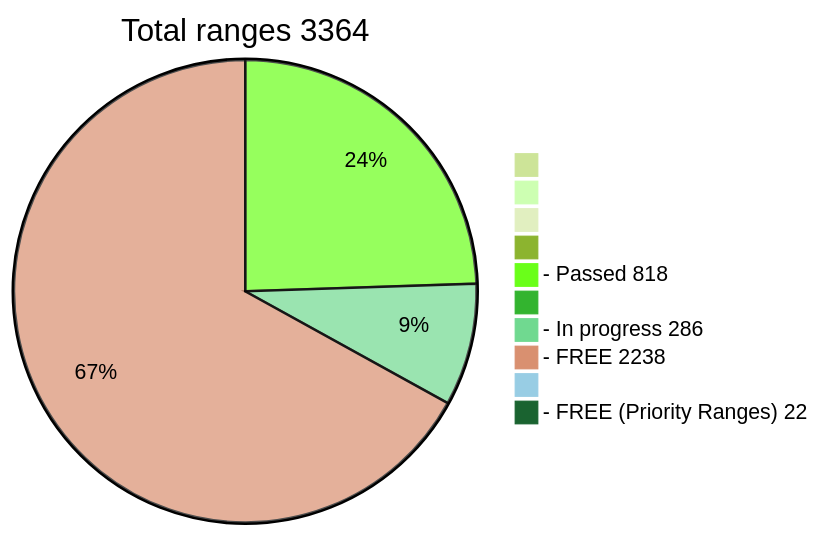
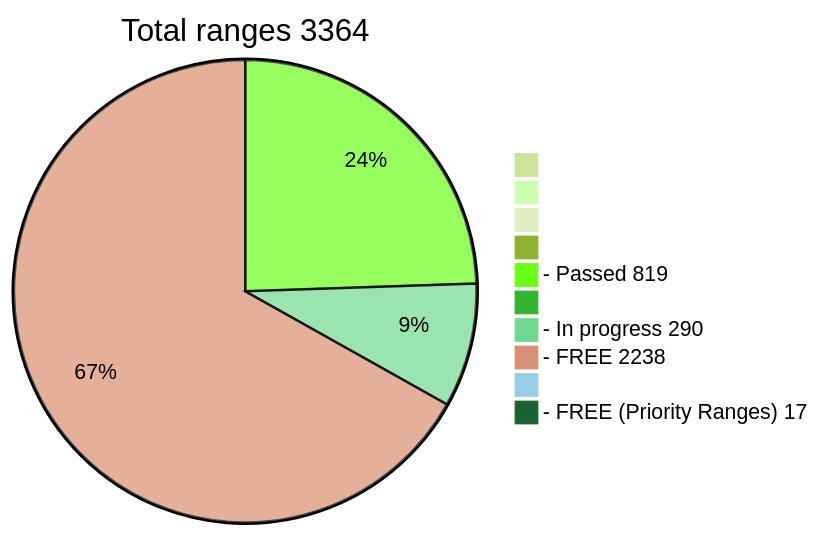
The diagram in README.md (phrutis/wif500), drawn with Mermaid (forest theme) before and after one commit.

````diff
--- a/README.md
+++ b/README.md
@@ -16,13 +16,13 @@
 ```mermaid
 pie title Total ranges 3364
              " " : 0
             "  " : 0
            "   " : 0
           "    " : 0
-  "- Passed 818" : 818
+  "- Passed 819" : 819
          "     " : 0
-  "- In progress 286" : 286
+  "- In progress 290" : 290
    "- FREE 2238" : 2238
         "      " : 0
-  "- FREE (Priority Ranges) 22" : 22
+  "- FREE (Priority Ranges) 17" : 17
 ```
````
